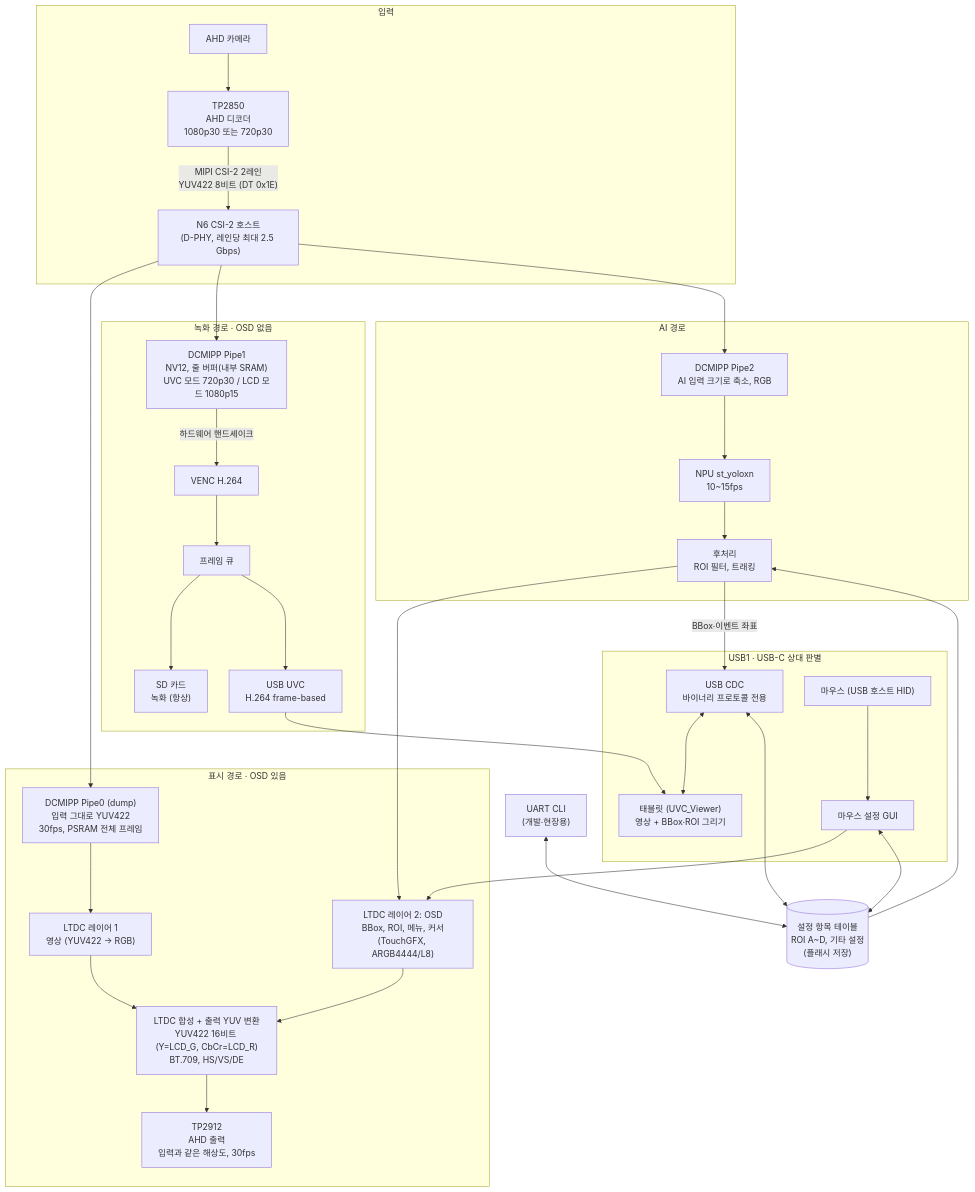
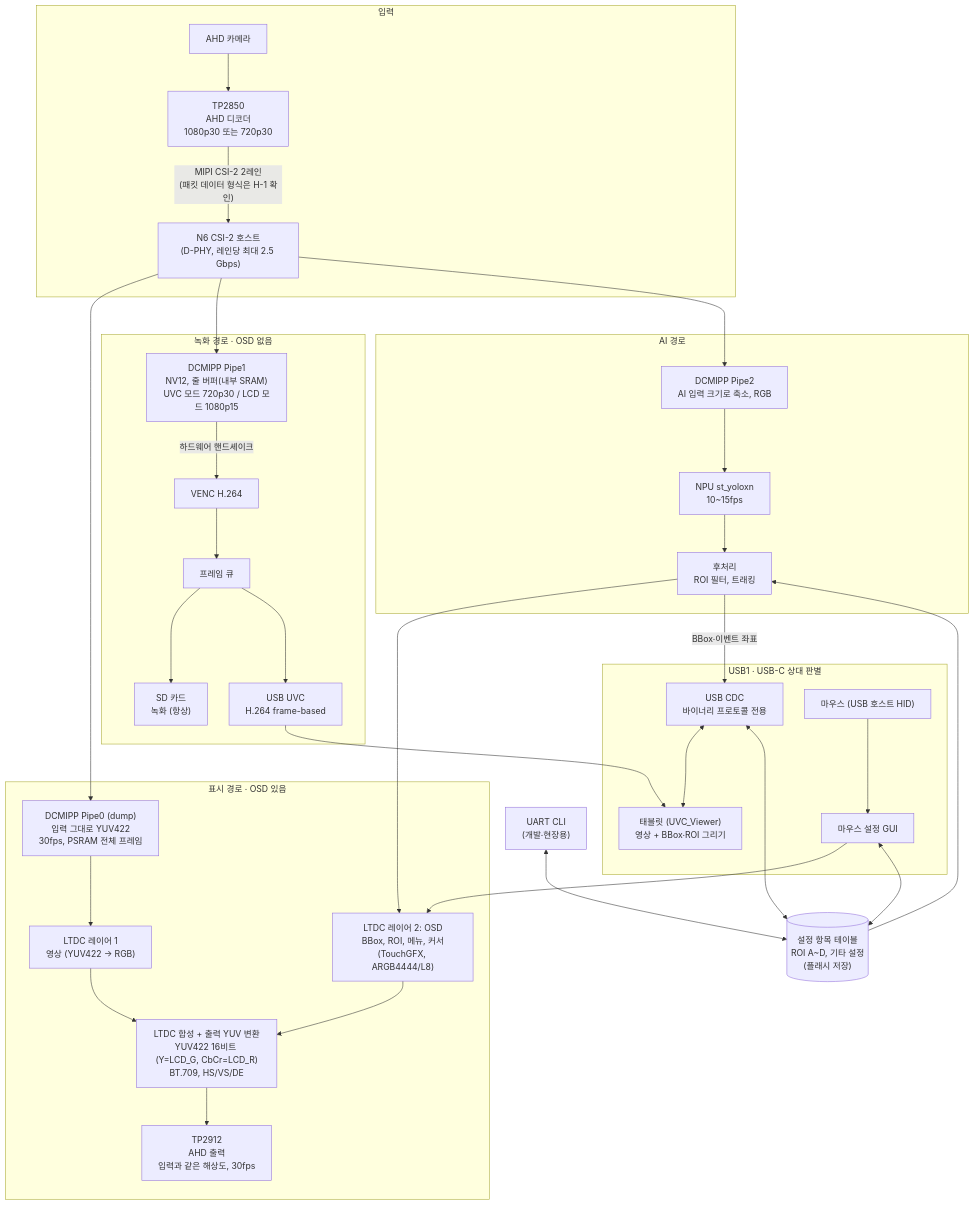
One commit to Spearhead7/2702_STM32N6_UVC changed the diagram in docs/Product Conception.md. Above: the diagram before and after it, drawn with Mermaid. The commit also changed other lines of this file, not shown here.

Commit message:
docs: 제품 구상 - TP2850 출력은 CSI-2뿐, 패킷 데이터 타입은 확인 항목으로

````diff
--- a/docs/Product Conception.md
+++ b/docs/Product Conception.md
@@ -12,46 +12,46 @@
 ```mermaid
 %%{init: {"flowchart": {"rankSpacing": 70, "nodeSpacing": 40}}}%%
 flowchart TB
     subgraph IN[입력]
         CAM[AHD 카메라] --> DEC["TP2850<br/>AHD 디코더<br/>1080p30 또는 720p30"]
-        DEC -- "MIPI CSI-2 2레인<br/>YUV422 8비트 (DT 0x1E)" --> CSI["N6 CSI-2 호스트<br/>(D-PHY, 레인당 최대 2.5 Gbps)"]
+        DEC -- "MIPI CSI-2 2레인<br/>(패킷 데이터 형식은 H-1 확인)" --> CSI["N6 CSI-2 호스트<br/>(D-PHY, 레인당 최대 2.5 Gbps)"]
     end
 
     CSI --> P0["DCMIPP Pipe0 (dump)<br/>입력 그대로 YUV422<br/>30fps, PSRAM 전체 프레임"]
     CSI --> P1["DCMIPP Pipe1<br/>NV12, 줄 버퍼(내부 SRAM)<br/>UVC 모드 720p30 / LCD 모드 1080p15"]
     CSI --> P2["DCMIPP Pipe2<br/>AI 입력 크기로 축소, RGB"]
 
     subgraph REC[녹화 경로 · OSD 없음]
         P1 -- "하드웨어 핸드셰이크" --> VENC["VENC H.264"]
         VENC --> Q[프레임 큐]
         Q --> SD["SD 카드<br/>녹화 (항상)"]
         Q --> UVC["USB UVC<br/>H.264 frame-based"]
     end
 
     subgraph DISP[표시 경로 · OSD 있음]
         P0 --> L1["LTDC 레이어 1<br/>영상 (YUV422 → RGB)"]
         L1 --> LTDC["LTDC 합성 + 출력 YUV 변환<br/>YUV422 16비트 (Y=LCD_G, CbCr=LCD_R)<br/>BT.709, HS/VS/DE"]
         OSD["LTDC 레이어 2: OSD<br/>BBox, ROI, 메뉴, 커서<br/>(TouchGFX, ARGB4444/L8)"] --> LTDC
         LTDC --> ENC["TP2912<br/>AHD 출력<br/>입력과 같은 해상도, 30fps"]
     end
 
     subgraph AI[AI 경로]
         P2 --> NPU["NPU st_yoloxn<br/>10~15fps"]
         NPU --> POST["후처리<br/>ROI 필터, 트래킹"]
     end
 
     POST --> OSD
     POST -- "BBox·이벤트 좌표" --> CDC
 
     subgraph USB[USB1 · USB-C 상대 판별]
         UVC --> TAB["태블릿 (UVC_Viewer)<br/>영상 + BBox·ROI 그리기"]
         CDC["USB CDC<br/>바이너리 프로토콜 전용"] <--> TAB
         MOUSE["마우스 (USB 호스트 HID)"] --> GUI[마우스 설정 GUI]
     end
 
     GUI --> OSD
     GUI <--> SET[("설정 항목 테이블<br/>ROI A~D, 기타 설정<br/>(플래시 저장)")]
     CDC <--> SET
     SET --> POST
     UART["UART CLI<br/>(개발·현장용)"] <--> SET
 ```
````
